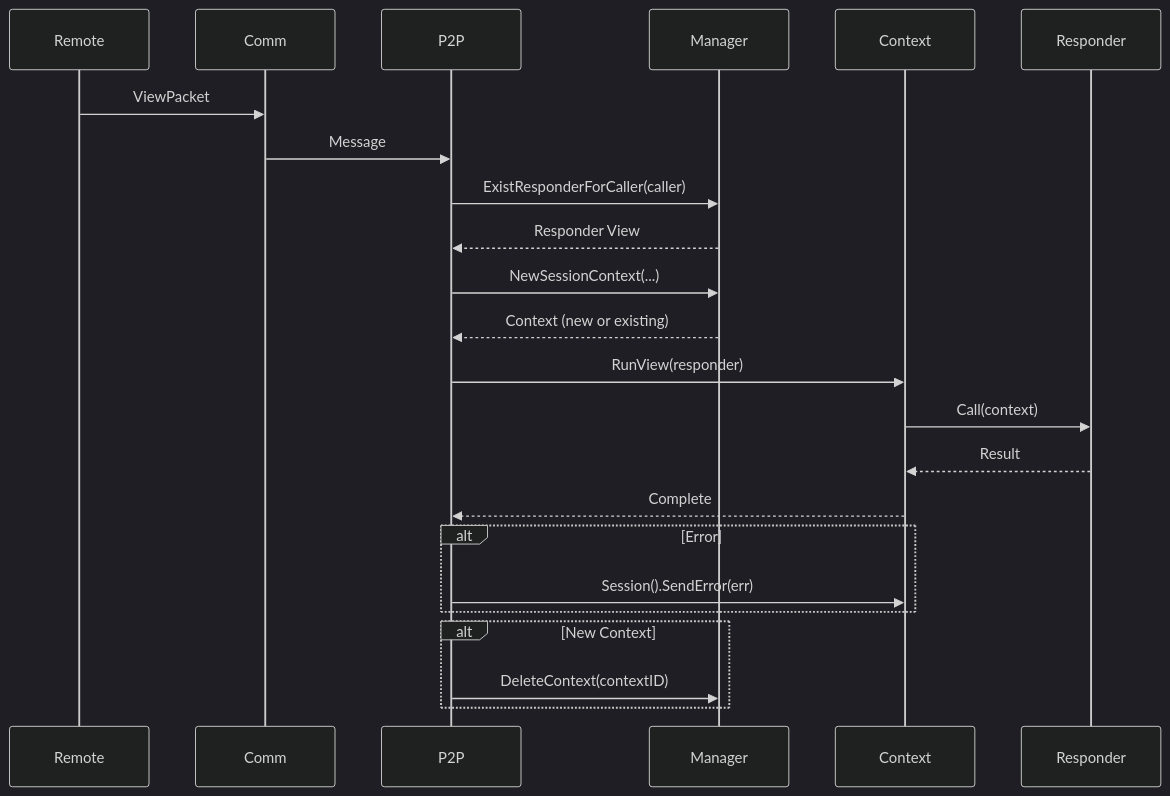
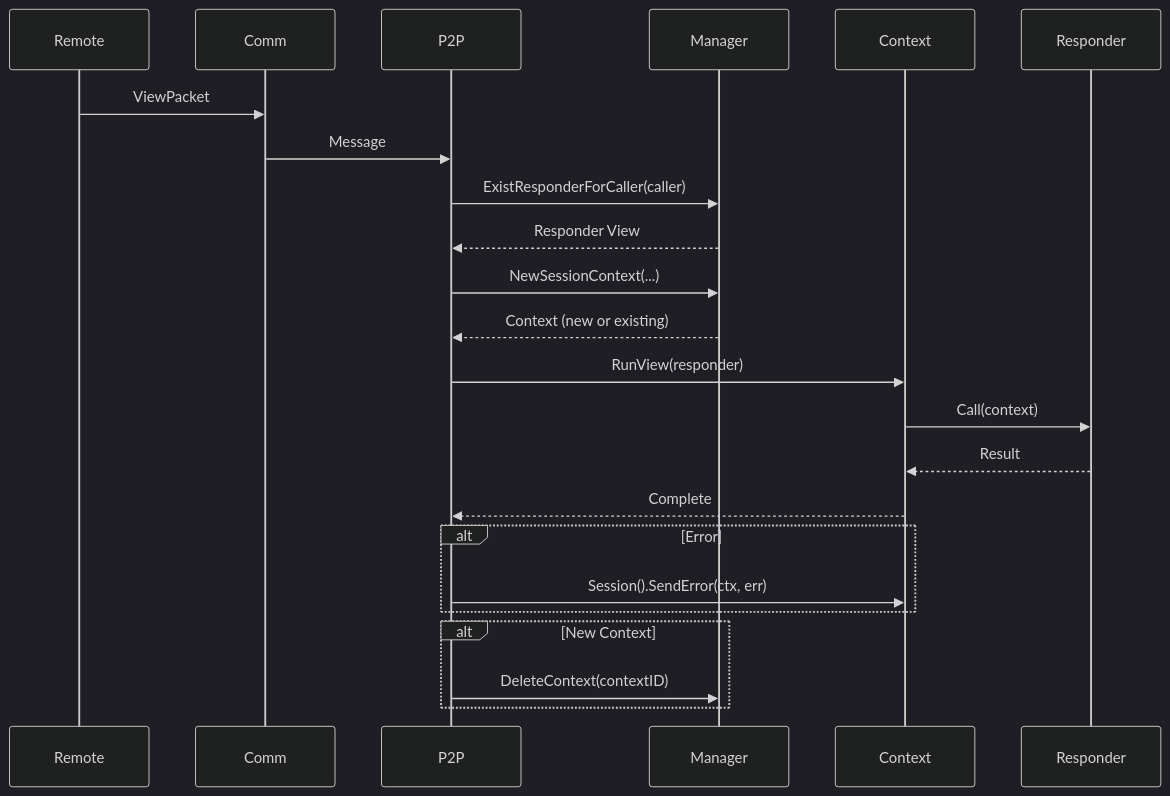
One commit to hyperledger-labs/fabric-smart-client changed the fourth of 4 diagrams in docs/platform/view/services/view-service.md. Above: the diagram before and after it, drawn with Mermaid (dark theme). The commit also changed other lines of this file and 48 other files, not shown here.

First line of the commit message:
refactor(view): merge SendWithContext into Send, SendErrorWithContext into SendError (#1649)

````diff
--- a/docs/platform/view/services/view-service.md
+++ b/docs/platform/view/services/view-service.md
@@ -414,30 +414,30 @@
 ```mermaid
 sequenceDiagram
     participant Remote
     participant Comm
     participant P2P
     participant Manager
     participant Context
     participant Responder
 
     Remote->>Comm: ViewPacket
     Comm->>P2P: Message
     P2P->>Manager: ExistResponderForCaller(caller)
     Manager-->>P2P: Responder View
     
     P2P->>Manager: NewSessionContext(...)
     Manager-->>P2P: Context (new or existing)
     
     P2P->>Context: RunView(responder)
     Context->>Responder: Call(context)
     Responder-->>Context: Result
     Context-->>P2P: Complete
     
     alt Error
-        P2P->>Context: Session().SendError(err)
+        P2P->>Context: Session().SendError(ctx, err)
     end
     
     alt New Context
         P2P->>Manager: DeleteContext(contextID)
     end
 ```
````
